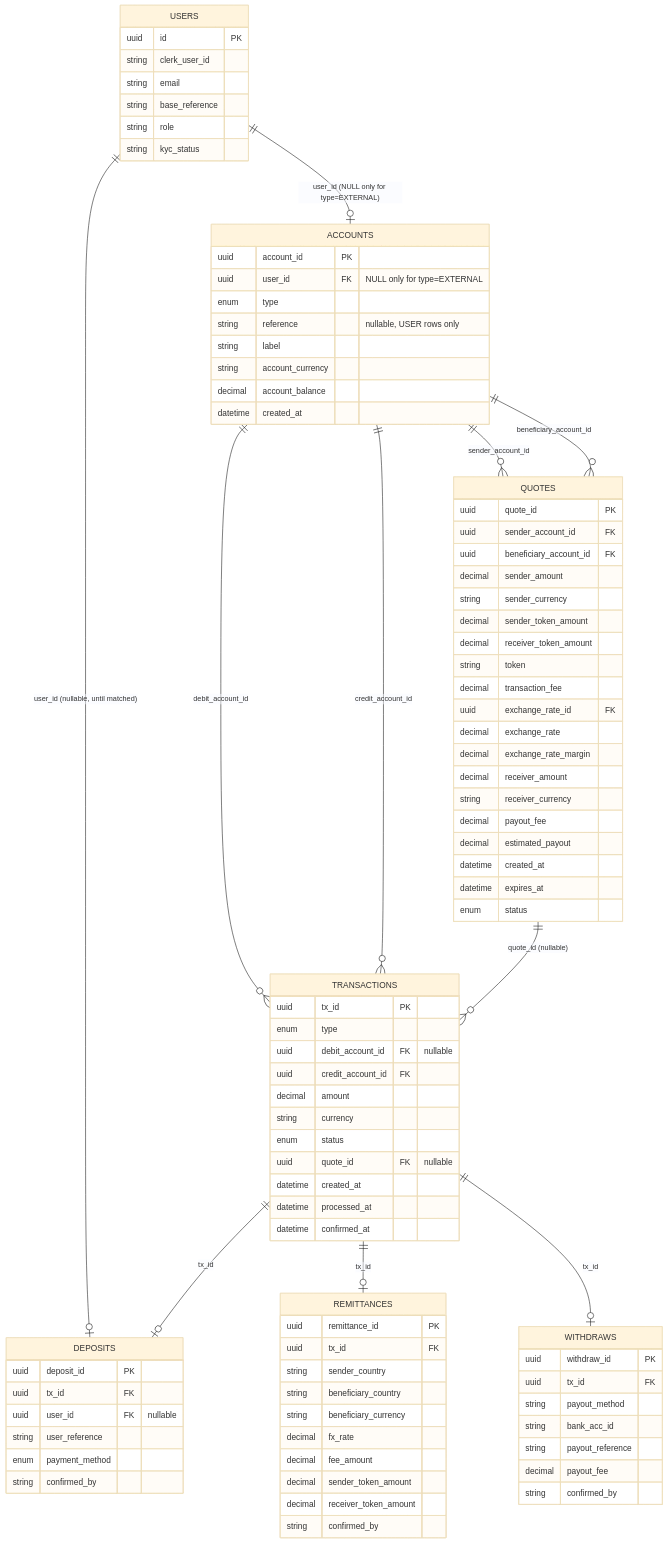
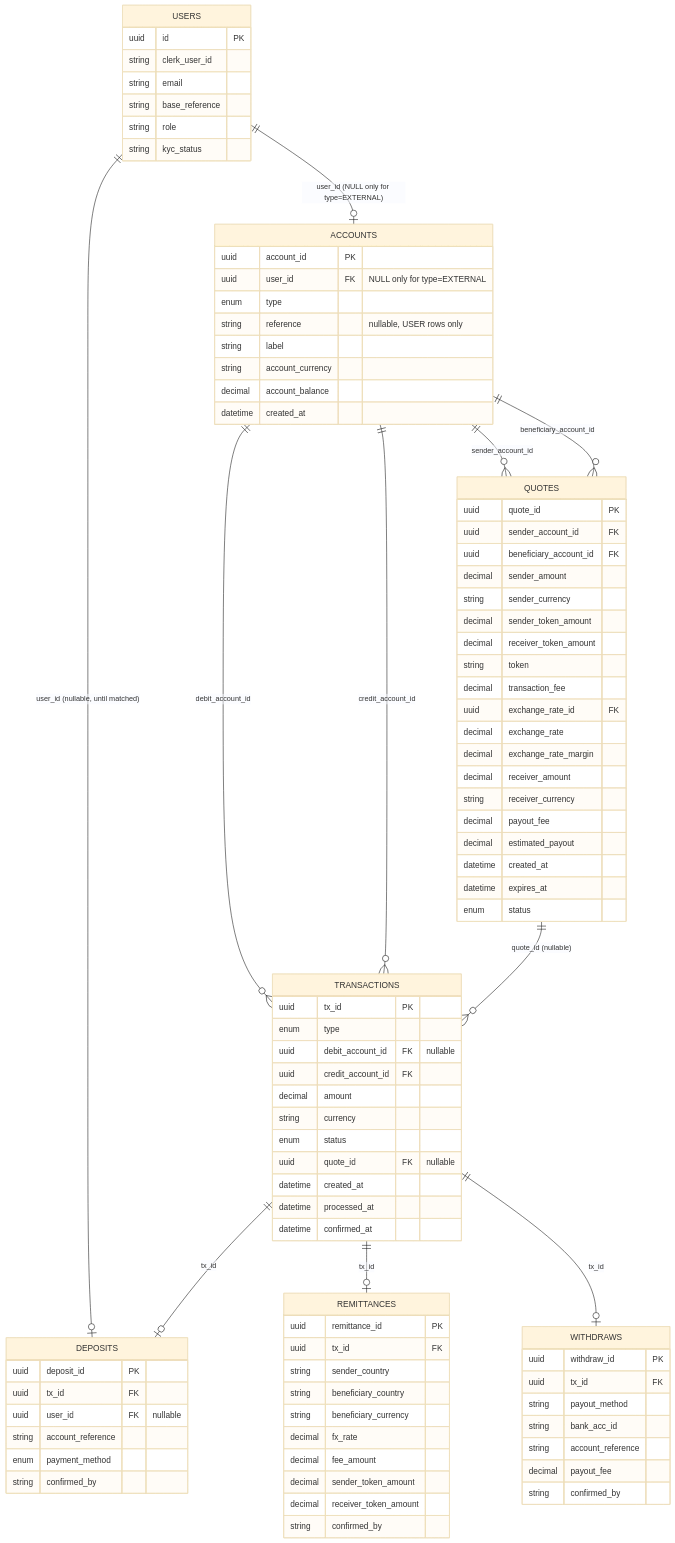
Before and after one commit to Katlego-Sekoele/RemitX: the diagram in api/Transaction_Flow_Context.md, drawn with Mermaid (base theme). The commit also changed other lines of this file and 6 other files, not shown here.

```diff
--- a/api/Transaction_Flow_Context.md
+++ b/api/Transaction_Flow_Context.md
@@ -196,7 +198,7 @@
         uuid deposit_id PK
         uuid tx_id FK
         uuid user_id FK "nullable"
-        string user_reference
+        string account_reference
         enum payment_method
         string confirmed_by
     }
@@ -217,7 +219,7 @@
         uuid tx_id FK
         string payout_method
         string bank_acc_id
-        string payout_reference
+        string account_reference
         decimal payout_fee
         string confirmed_by
     }
```
